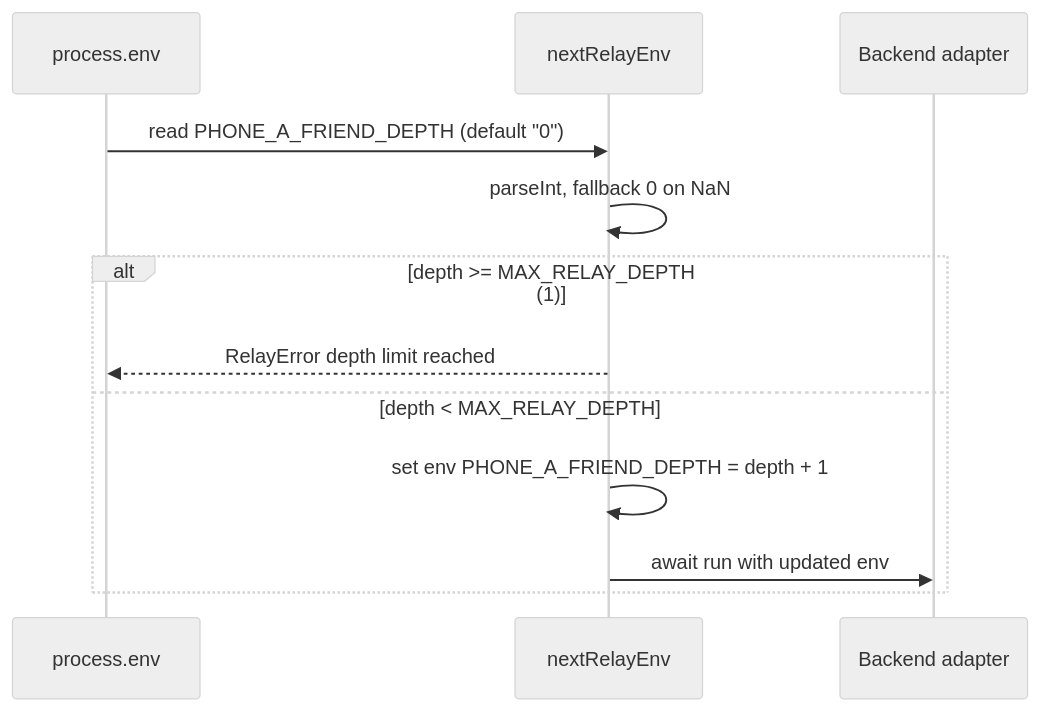
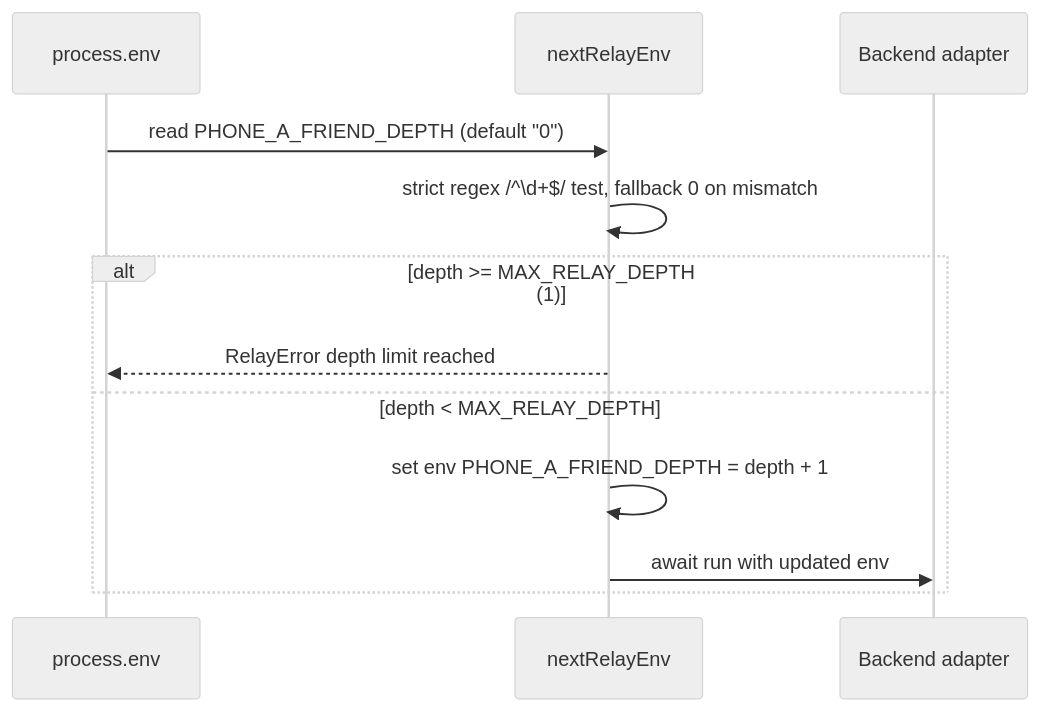
The seventh of 8 diagrams in architecture/01-relay-core.md (freibergergarcia/phone-a-friend), drawn with Mermaid (neutral theme) before and after one commit. The commit also changed other lines of this file and 5 other files, not shown here.

First line of the commit message:
Update architecture docs and fix label-check race condition (#34)

````diff
--- a/architecture/01-relay-core.md
+++ b/architecture/01-relay-core.md
@@ -80,15 +195,15 @@
 ```mermaid
 sequenceDiagram
   participant Env as process.env
   participant Relay as nextRelayEnv
   participant Backend as Backend adapter
 
   Env->>Relay: read PHONE_A_FRIEND_DEPTH (default "0")
-  Relay->>Relay: parseInt, fallback 0 on NaN
+  Relay->>Relay: strict regex /^\d+$/ test, fallback 0 on mismatch
   alt depth >= MAX_RELAY_DEPTH (1)
     Relay-->>Env: RelayError depth limit reached
   else depth < MAX_RELAY_DEPTH
     Relay->>Relay: set env PHONE_A_FRIEND_DEPTH = depth + 1
     Relay->>Backend: await run with updated env
   end
 ```
````
